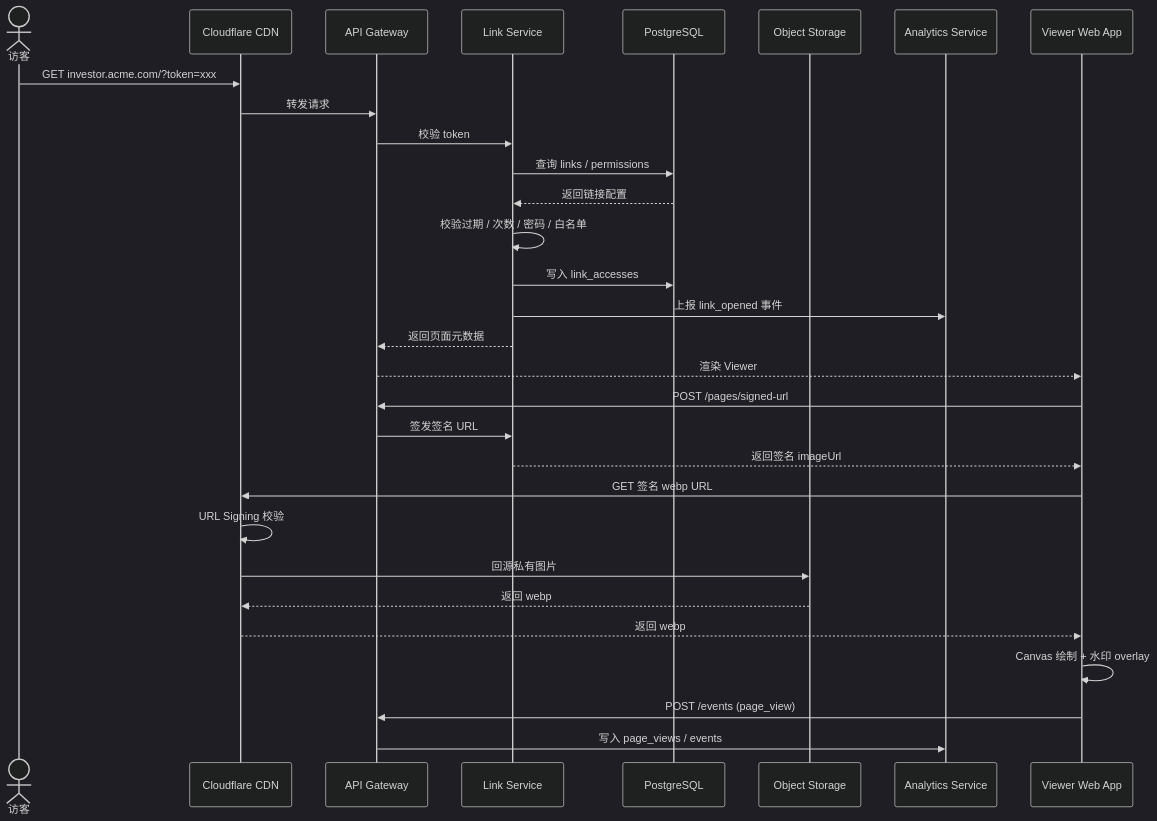
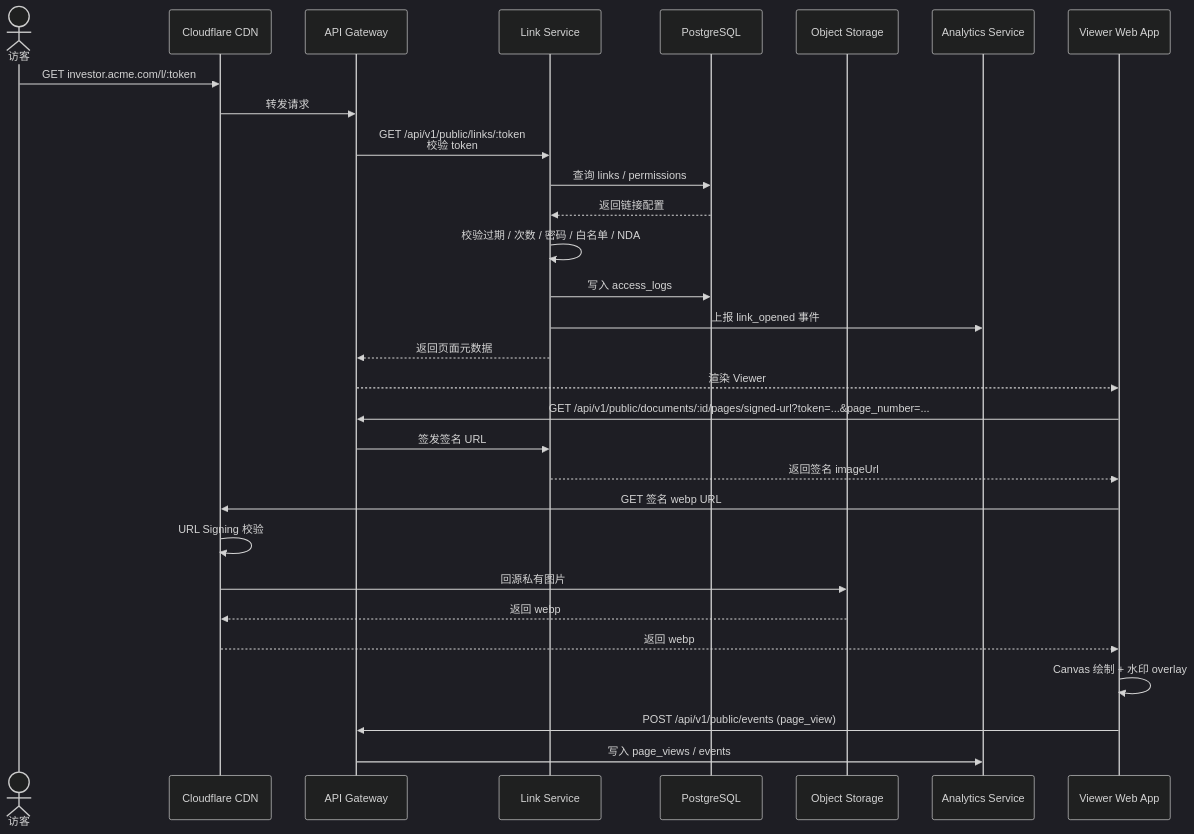
Diagram 11 of 16 in docs/ARCHITECTURE-v2.1.0.md (OpenCore-Hub/DealSignal), drawn with Mermaid (dark theme) before and after one commit. The commit also changed other lines of this file and 8 other files, not shown here.

Commit message:
docs(v2.1.3): sync PROJECT-PROGRESS, ARCHITECTURE, database-model, README; fix backend lint issues

````diff
--- a/docs/ARCHITECTURE-v2.1.0.md
+++ b/docs/ARCHITECTURE-v2.1.0.md
@@ -581,33 +620,33 @@
 ```mermaid
 sequenceDiagram
     actor V as 访客
     participant CDN as Cloudflare CDN
     participant GW as API Gateway
     participant LS as Link Service
     participant DB as PostgreSQL
     participant OSS as Object Storage
     participant AS as Analytics Service
     participant FE as Viewer Web App
 
-    V ->> CDN: GET investor.acme.com/?token=xxx
+    V ->> CDN: GET investor.acme.com/l/:token
     CDN ->> GW: 转发请求
-    GW ->> LS: 校验 token
+    GW ->> LS: GET /api/v1/public/links/:token<br/>校验 token
     LS ->> DB: 查询 links / permissions
     DB -->> LS: 返回链接配置
-    LS ->> LS: 校验过期 / 次数 / 密码 / 白名单
-    LS ->> DB: 写入 link_accesses
+    LS ->> LS: 校验过期 / 次数 / 密码 / 白名单 / NDA
+    LS ->> DB: 写入 access_logs
     LS ->> AS: 上报 link_opened 事件
     LS -->> GW: 返回页面元数据
     GW -->> FE: 渲染 Viewer
-    FE ->> GW: POST /pages/signed-url
+    FE ->> GW: GET /api/v1/public/documents/:id/pages/signed-url?token=...&page_number=...
     GW ->> LS: 签发签名 URL
     LS -->> FE: 返回签名 imageUrl
     FE ->> CDN: GET 签名 webp URL
     CDN ->> CDN: URL Signing 校验
     CDN ->> OSS: 回源私有图片
     OSS -->> CDN: 返回 webp
     CDN -->> FE: 返回 webp
     FE ->> FE: Canvas 绘制 + 水印 overlay
-    FE ->> GW: POST /events (page_view)
+    FE ->> GW: POST /api/v1/public/events (page_view)
     GW ->> AS: 写入 page_views / events
 ```
````
